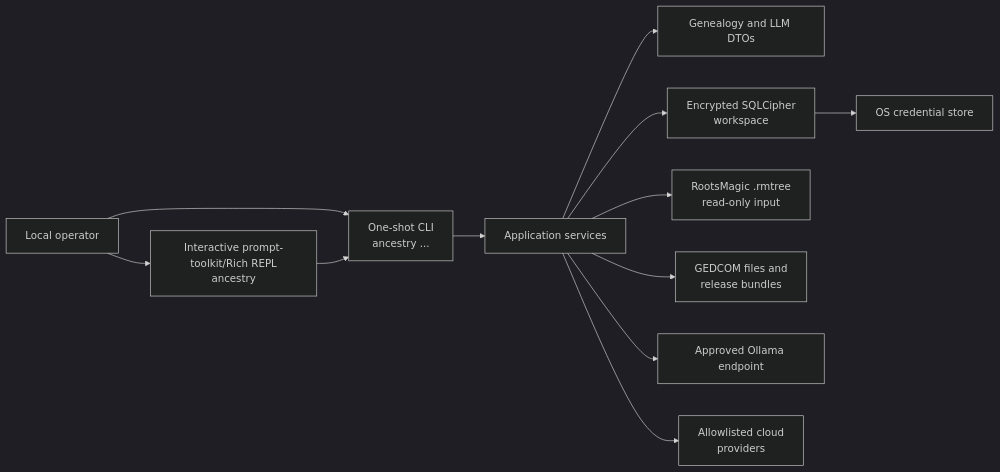
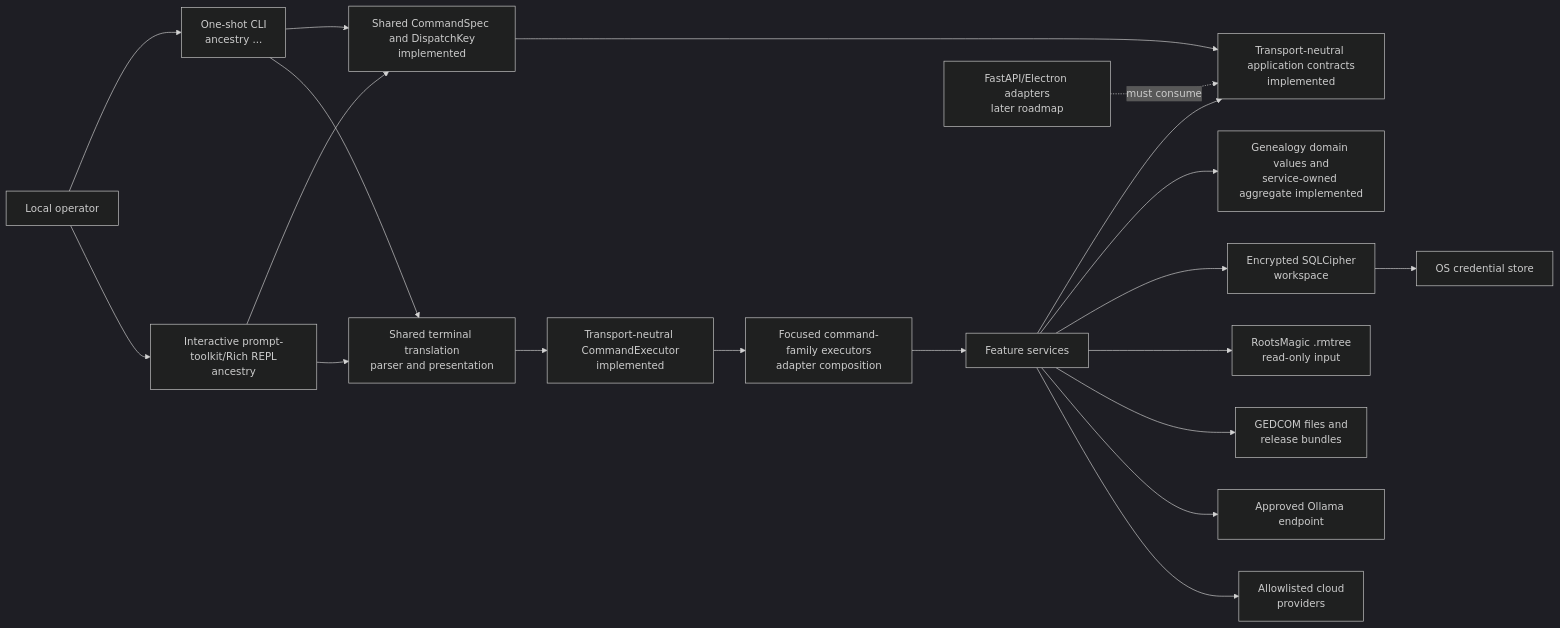
One commit to sodejm/AncestryLLM changed the first of 3 diagrams in ARCHITECTURE.md. Above: the diagram before and after it, drawn with Mermaid (dark theme). The commit also changed other lines of this file and 99 other files, not shown here.

````diff
--- a/ARCHITECTURE.md
+++ b/ARCHITECTURE.md
@@ -48,26 +54,40 @@
 ```mermaid
 flowchart LR
     Operator["Local operator"]
     CLI["One-shot CLI\nancestry ..."]
     Console["Interactive prompt-toolkit/Rich REPL\nancestry"]
-    Services["Application services"]
-    Domain["Genealogy and LLM DTOs"]
+    Specs["Shared CommandSpec and DispatchKey\nimplemented"]
+    Contracts["Transport-neutral application contracts\nimplemented"]
+    Terminal["Shared terminal translation\nparser and presentation"]
+    Executor["Transport-neutral CommandExecutor\nimplemented"]
+    Handlers["Focused command-family executors\nadapter composition"]
+    Services["Feature services"]
+    Domain["Genealogy domain values and\nservice-owned aggregate implemented"]
     Workspace["Encrypted SQLCipher\nworkspace"]
     Keyring["OS credential store"]
     RM["RootsMagic .rmtree\nread-only input"]
     GED["GEDCOM files and\nrelease bundles"]
     LocalLLM["Approved Ollama endpoint"]
     Cloud["Allowlisted cloud\nproviders"]
+    Future["FastAPI/Electron adapters\nlater roadmap"]
 
     Operator --> CLI
     Operator --> Console
-    CLI --> Services
-    Console --> CLI
+    CLI --> Specs
+    Console --> Specs
+    CLI --> Terminal
+    Console --> Terminal
+    Terminal --> Executor
+    Executor --> Handlers
+    Handlers --> Services
+    Specs --> Contracts
+    Services --> Contracts
     Services --> Domain
     Services --> Workspace
     Workspace --> Keyring
     Services --> RM
     Services --> GED
     Services --> LocalLLM
     Services --> Cloud
+    Future -. "must consume" .-> Contracts
 ```
````
